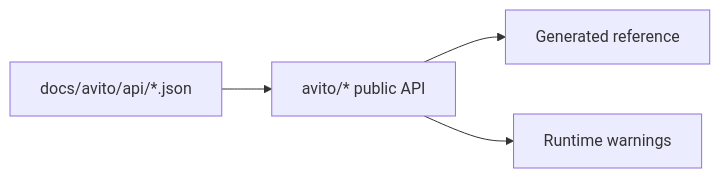
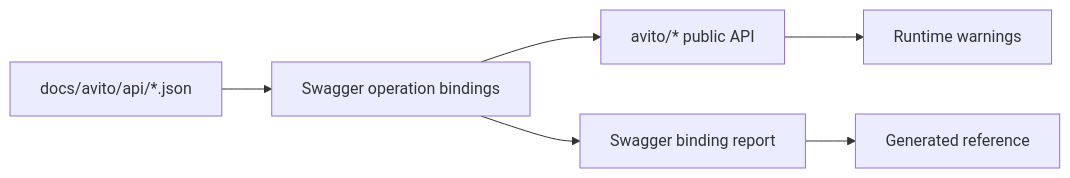
One commit to p141592/avito_python_api changed the diagram in docs/site/explanations/api-coverage-and-deprecations.md. Above: the diagram before and after it, drawn with Mermaid. The commit also changed other lines of this file and 48 other files, not shown here.

````diff
--- a/docs/site/explanations/api-coverage-and-deprecations.md
+++ b/docs/site/explanations/api-coverage-and-deprecations.md
@@ -5,6 +5,8 @@
 ```mermaid
 flowchart LR
-    spec[docs/avito/api/*.json] --> sdk[avito/* public API]
-    sdk --> reference[Generated reference]
+    spec[docs/avito/api/*.json] --> bindings[Swagger operation bindings]
+    bindings --> sdk[avito/* public API]
+    bindings --> report[Swagger binding report]
+    report --> reference[Generated reference]
     sdk --> warnings[Runtime warnings]
 ```
````
